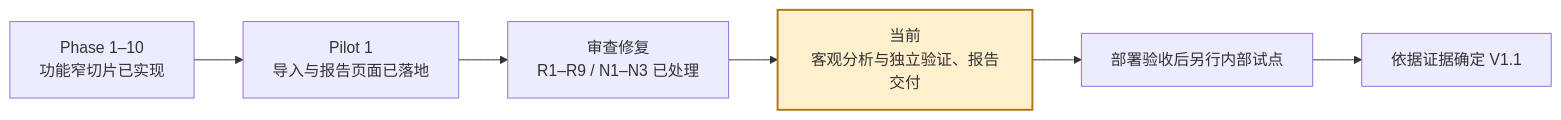
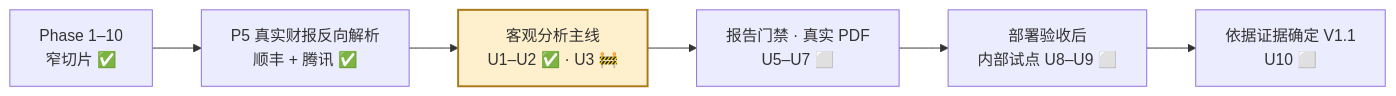
One commit to davyzhong/FLOW changed the sixth of 6 diagrams in README.md. Above: the diagram before and after it, drawn with Mermaid. The commit also changed other lines of this file and 4 other files, not shown here.

````diff
--- a/README.md
+++ b/README.md
@@ -478,9 +508,9 @@
 ```mermaid
 flowchart LR
-    A[Phase 1–10<br/>功能窄切片已实现] --> B[Pilot 1<br/>导入与报告页面已落地]
-    B --> C[审查修复<br/>R1–R9 / N1–N3 已处理]
-    C --> D[当前<br/>客观分析与独立验证、报告交付]
-    D --> E[部署验收后另行内部试点]
-    E --> F[依据证据确定 V1.1]
-    style D fill:#fff0cd,stroke:#aa7918,stroke-width:2px
+    A["Phase 1–10<br/>窄切片 ✅"] --> B["P5 真实财报反向解析<br/>顺丰 + 腾讯 ✅"]
+    B --> C["客观分析主线<br/>U1–U2 ✅ · U3 🚧"]
+    C --> D["报告门禁 · 真实 PDF<br/>U5–U7 ⬜"]
+    D --> E["部署验收后<br/>内部试点 U8–U9 ⬜"]
+    E --> F["依据证据确定 V1.1<br/>U10 ⬜"]
+    style C fill:#fff0cd,stroke:#aa7918,stroke-width:2px
 ```
````
